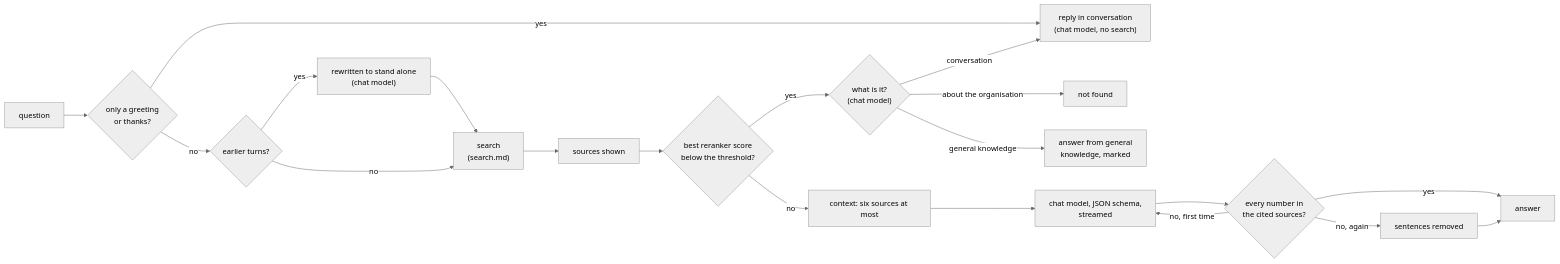
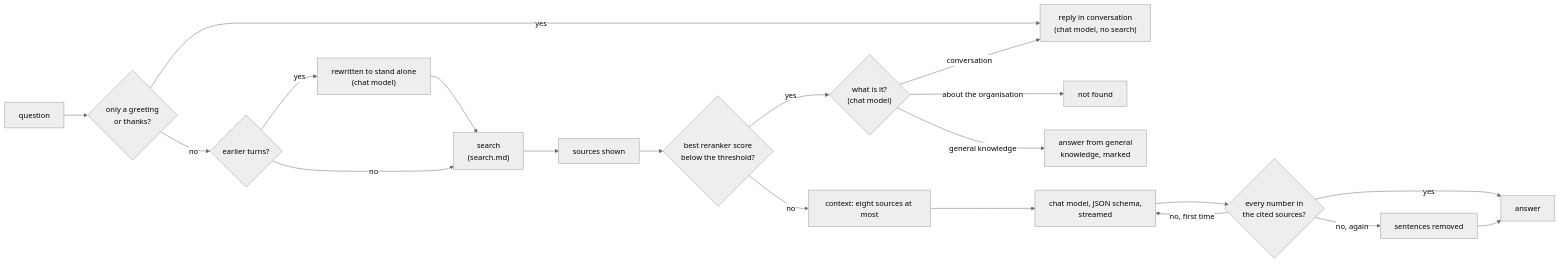
One commit to FurkanKocatas/Synapse changed the diagram in docs/design/answers.md. Above: the diagram before and after it, drawn with Mermaid (neutral theme). The commit also changed other lines of this file and 4 other files, not shown here.

First line of the commit message:
answers: keep who asked apart from who decided; eight sources

````diff
--- a/docs/design/answers.md
+++ b/docs/design/answers.md
@@ -14,19 +14,19 @@
 ```mermaid
 flowchart LR
     Q[question] --> K{"only a greeting<br/>or thanks?"}
     K -- yes --> CV["reply in conversation<br/>(chat model, no search)"]
     K -- no --> W{"earlier turns?"}
     W -- yes --> R["rewritten to stand alone<br/>(chat model)"] --> S
     W -- no --> S["search<br/>(search.md)"]
     S --> P["sources shown"]
     P --> T{"best reranker score<br/>below the threshold?"}
     T -- yes --> J{"what is it?<br/>(chat model)"}
     J -- "about the organisation" --> N["not found"]
     J -- "conversation" --> CV
     J -- "general knowledge" --> GK["answer from general<br/>knowledge, marked"]
-    T -- no --> C["context: six sources at most"] --> G["chat model, JSON schema,<br/>streamed"]
+    T -- no --> C["context: eight sources at most"] --> G["chat model, JSON schema,<br/>streamed"]
     G --> V{"every number in<br/>the cited sources?"}
     V -- yes --> A[answer]
     V -- no, first time --> G
     V -- no, again --> X["sentences removed"] --> A
 ```
````
